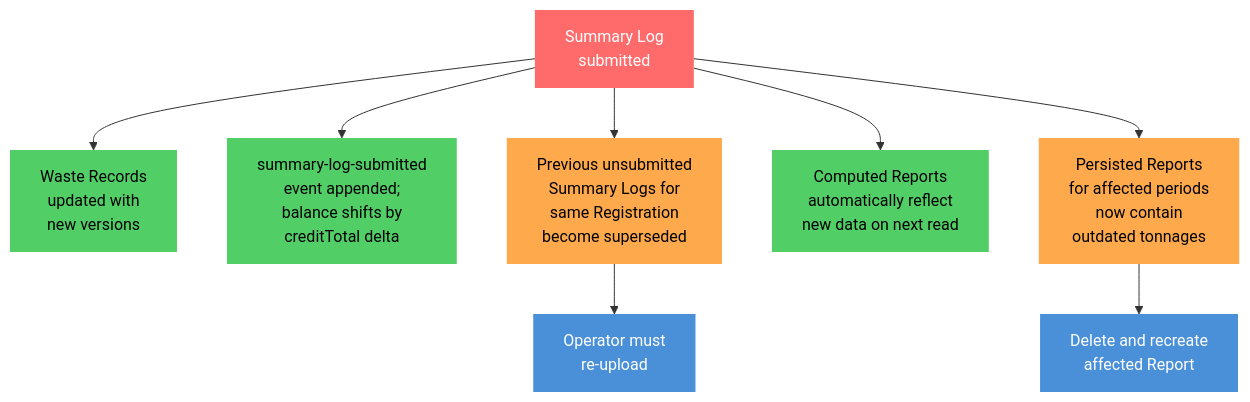
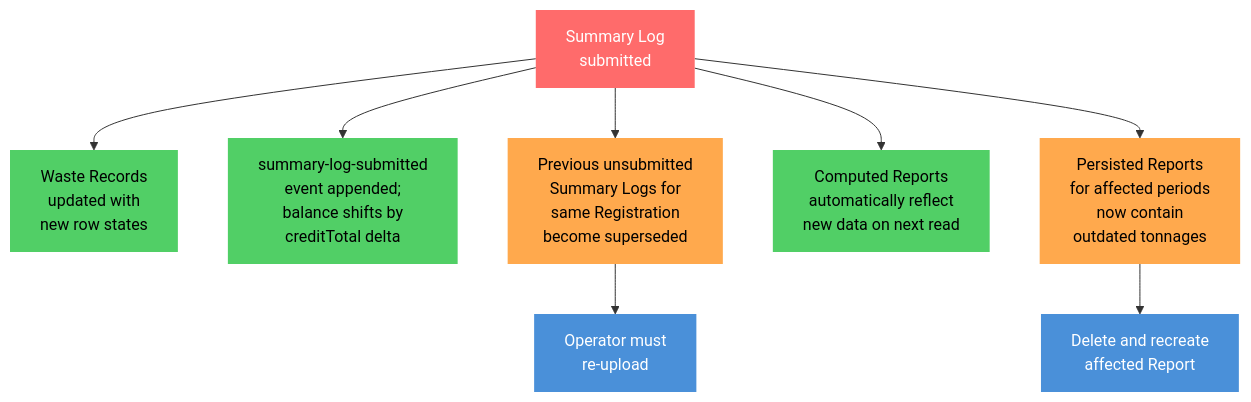
The third of 11 diagrams in docs/architecture/defined/summary-log-data-flow.md (DEFRA/epr-re-ex-service), drawn with Mermaid before and after one commit. The commit also changed other lines of this file, not shown here.

First line of the commit message:
Drop version-chain wording from data flow doc

````diff
--- a/docs/architecture/defined/summary-log-data-flow.md
+++ b/docs/architecture/defined/summary-log-data-flow.md
@@ -140,18 +140,18 @@
 ```mermaid
 flowchart TD
     classDef trigger fill:#ff6b6b,color:#fff,stroke:none
     classDef stale fill:#ffa94d,color:#000,stroke:none
     classDef auto fill:#51cf66,color:#000,stroke:none
     classDef manual fill:#4a90d9,color:#fff,stroke:none
 
     T["Summary Log\nsubmitted"]:::trigger
 
-    T --> WR["Waste Records\nupdated with\nnew versions"]:::auto
+    T --> WR["Waste Records\nupdated with\nnew row states"]:::auto
     T --> WB["summary-log-submitted\nevent appended;\nbalance shifts by\ncreditTotal delta"]:::auto
     T --> PREV["Previous unsubmitted\nSummary Logs for\nsame Registration\nbecome superseded"]:::stale
     T --> RPT_C["Computed Reports\nautomatically reflect\nnew data on next read"]:::auto
     T --> RPT_P["Persisted Reports\nfor affected periods\nnow contain\noutdated tonnages"]:::stale
 
     PREV --> PREV_FIX["Operator must\nre-upload"]:::manual
     RPT_P --> RPT_FIX["Delete and recreate\naffected Report"]:::manual
 ```
````
